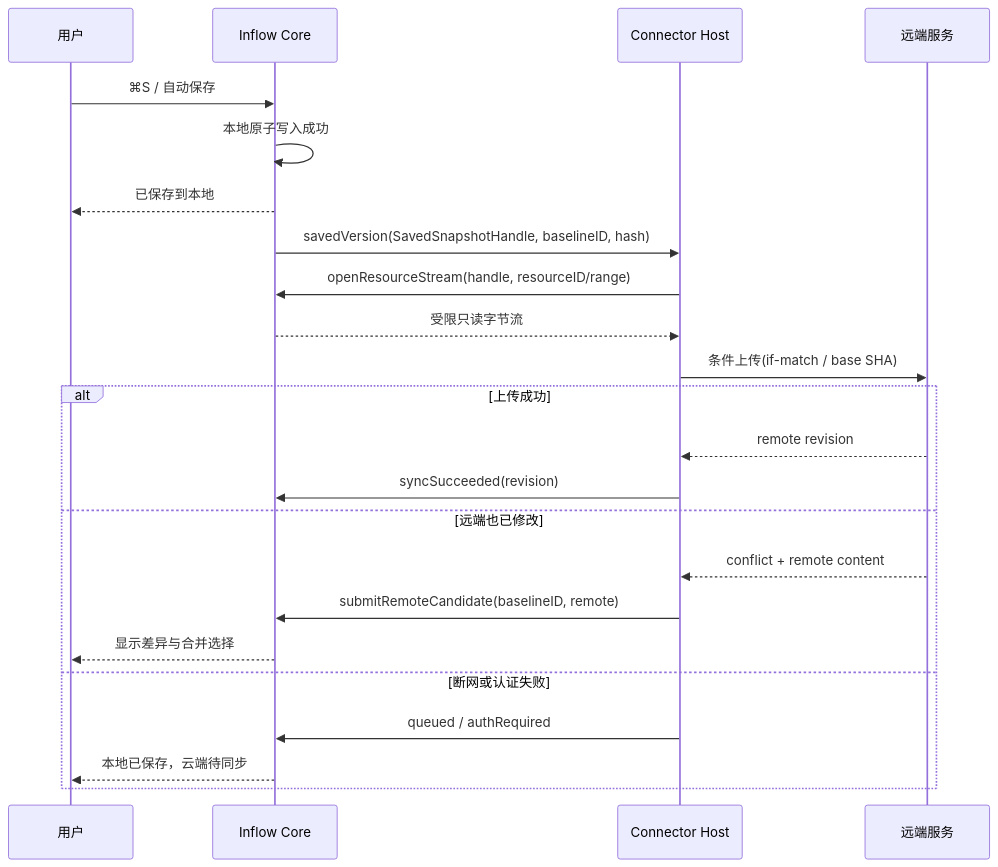
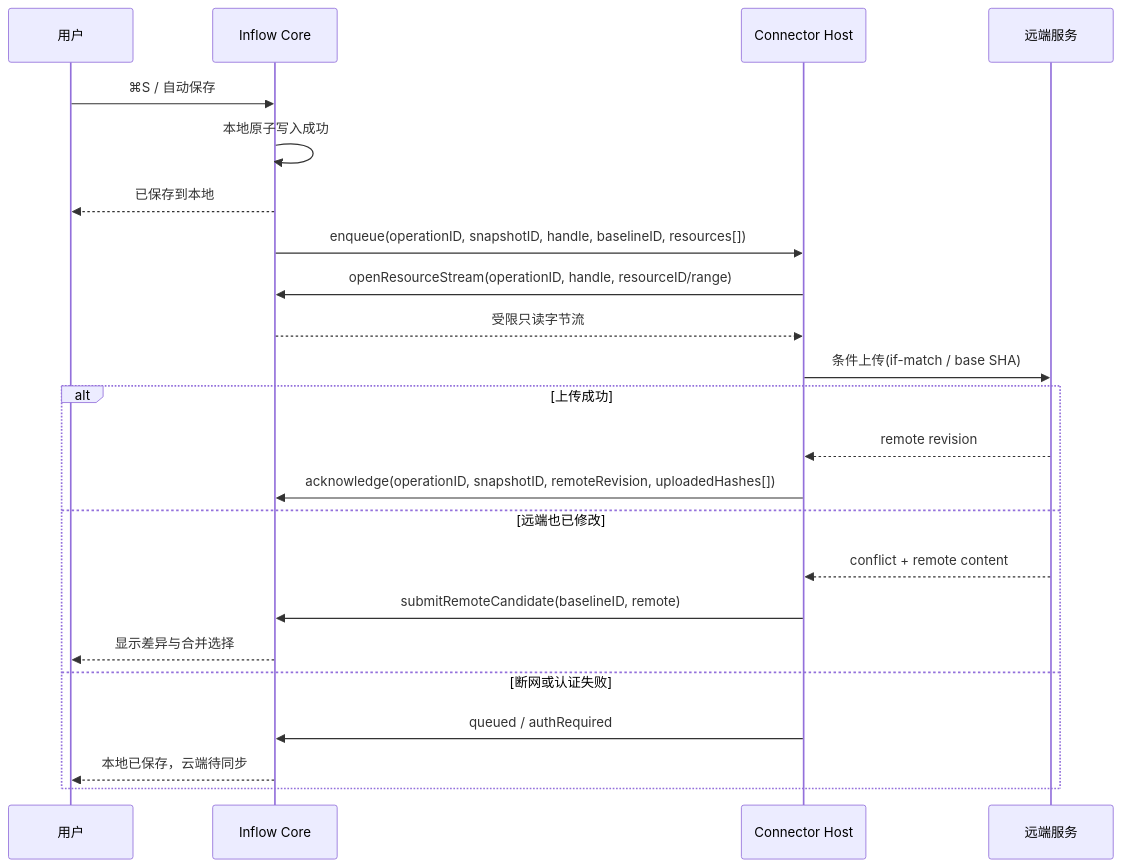
One commit to Eulimene/Inflow changed the third of 3 diagrams in docs/engineering/extensions/SYSTEM_DESIGN.md. Above: the diagram before and after it, drawn with Mermaid. The commit also changed other lines of this file and 9 other files, not shown here.

````diff
--- a/docs/engineering/extensions/SYSTEM_DESIGN.md
+++ b/docs/engineering/extensions/SYSTEM_DESIGN.md
@@ -463,26 +466,26 @@
 ```mermaid
 sequenceDiagram
     participant U as 用户
     participant I as Inflow Core
     participant C as Connector Host
     participant R as 远端服务
 
     U->>I: ⌘S / 自动保存
     I->>I: 本地原子写入成功
     I-->>U: 已保存到本地
-    I->>C: savedVersion(SavedSnapshotHandle, baselineID, hash)
-    C->>I: openResourceStream(handle, resourceID/range)
+    I->>C: enqueue(operationID, snapshotID, handle, baselineID, resources[])
+    C->>I: openResourceStream(operationID, handle, resourceID/range)
     I-->>C: 受限只读字节流
     C->>R: 条件上传(if-match / base SHA)
     alt 上传成功
       R-->>C: remote revision
-      C->>I: syncSucceeded(revision)
+      C->>I: acknowledge(operationID, snapshotID, remoteRevision, uploadedHashes[])
     else 远端也已修改
       R-->>C: conflict + remote content
       C->>I: submitRemoteCandidate(baselineID, remote)
       I-->>U: 显示差异与合并选择
     else 断网或认证失败
       C->>I: queued / authRequired
       I-->>U: 本地已保存，云端待同步
     end
 ```
````
